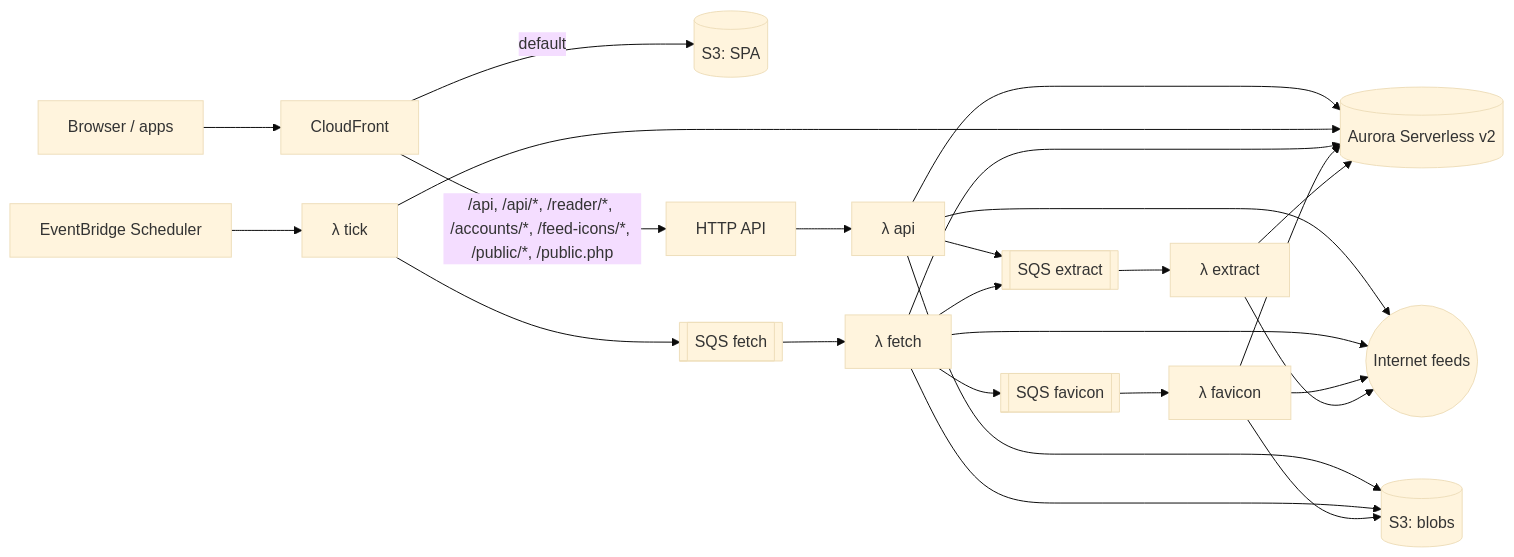
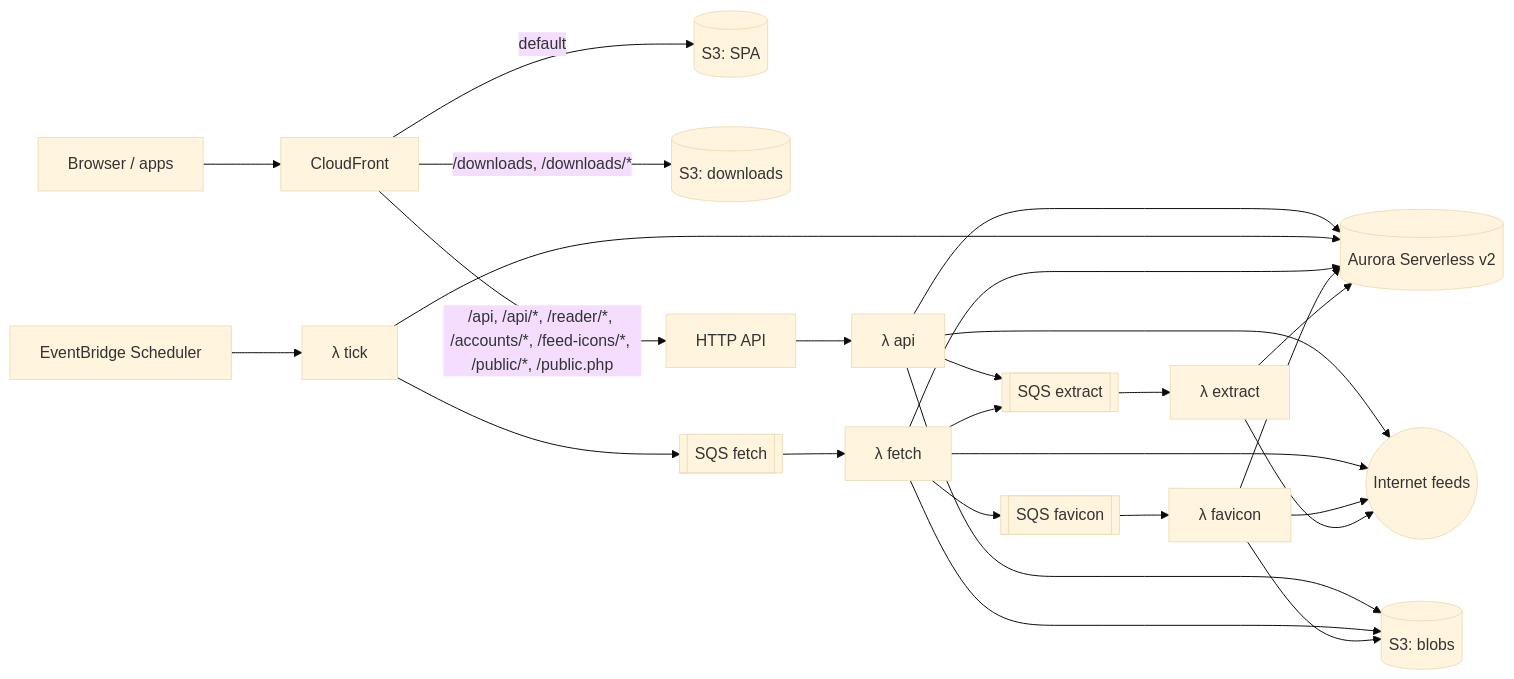
One commit to newses-app/newses changed the diagram in docs/architecture.md. Above: the diagram before and after it, drawn with Mermaid (base theme). The commit also changed other lines of this file and 20 other files, not shown here.

````diff
--- a/docs/architecture.md
+++ b/docs/architecture.md
@@ -362,13 +362,14 @@
 ```mermaid
 flowchart LR
   U[Browser / apps] --> CF[CloudFront]
   CF -- default --> S3W[(S3: SPA)]
+  CF -- "/downloads, /downloads/*" --> S3D[(S3: downloads)]
   CF -- "/api, /api/*, /reader/*, /accounts/*, /feed-icons/*, /public/*, /public.php" --> API[HTTP API] --> FA[λ api]
   EB[EventBridge Scheduler] --> FT[λ tick]
   FT --> QF[[SQS fetch]] --> FF[λ fetch]
   FF --> QI[[SQS favicon]] --> FI[λ favicon]
   FA & FF --> QX[[SQS extract]] --> FX[λ extract]
   FA & FT & FF & FI & FX --> DB[(Aurora Serverless v2)]
   FA & FF & FI --> S3B[(S3: blobs)]
   FA & FF & FI & FX --> NET((Internet feeds))
 ```
````
